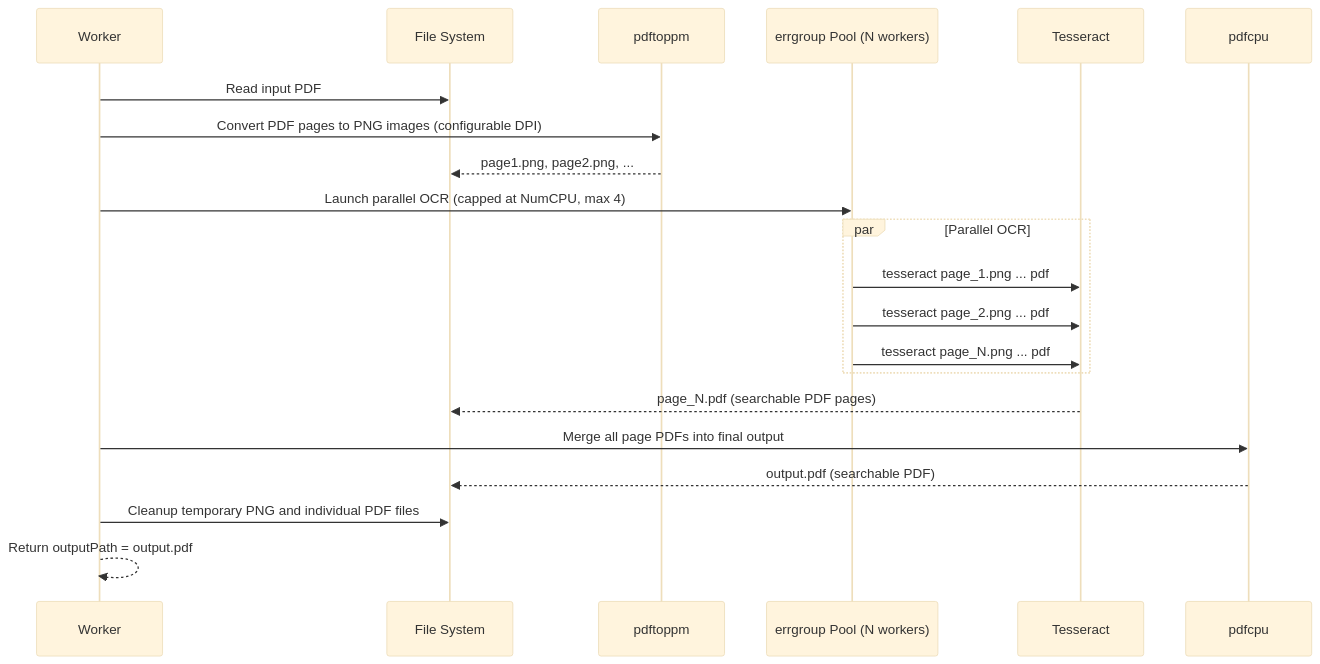
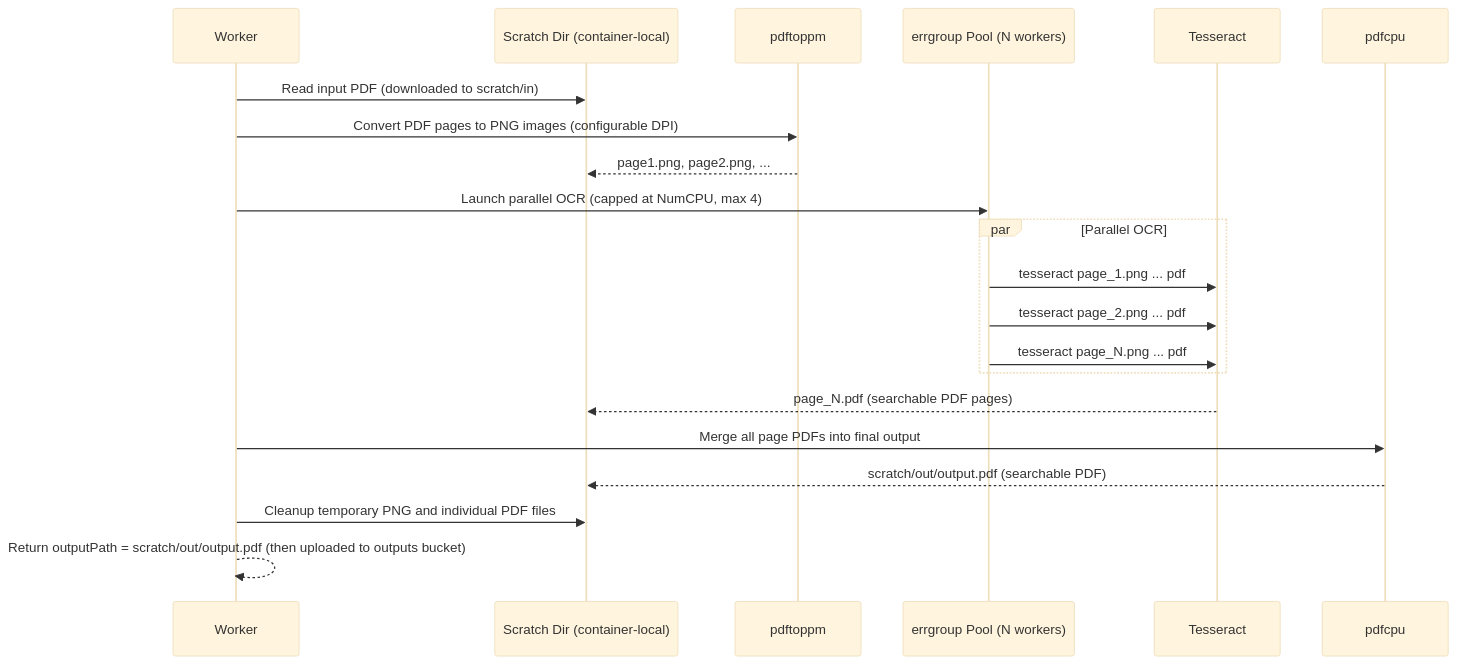
One commit to Prachidubey2003/fyredocs_backend changed the second of 4 diagrams in docs/developer/services/OPTIMIZE_PDF.md. Above: the diagram before and after it, drawn with Mermaid (base theme). The commit also changed other lines of this file and 84 other files, not shown here.

````diff
--- a/docs/developer/services/OPTIMIZE_PDF.md
+++ b/docs/developer/services/OPTIMIZE_PDF.md
@@ -236,26 +263,26 @@
 ```mermaid
 sequenceDiagram
     participant W as Worker
-    participant FS as File System
+    participant FS as Scratch Dir (container-local)
     participant PP as pdftoppm
     participant Pool as errgroup Pool (N workers)
     participant TS as Tesseract
     participant PC as pdfcpu
 
-    W->>FS: Read input PDF
+    W->>FS: Read input PDF (downloaded to scratch/in)
     W->>PP: Convert PDF pages to PNG images (configurable DPI)
     PP-->>FS: page1.png, page2.png, ...
 
     W->>Pool: Launch parallel OCR (capped at NumCPU, max 4)
     par Parallel OCR
         Pool->>TS: tesseract page_1.png ... pdf
         Pool->>TS: tesseract page_2.png ... pdf
         Pool->>TS: tesseract page_N.png ... pdf
     end
     TS-->>FS: page_N.pdf (searchable PDF pages)
 
     W->>PC: Merge all page PDFs into final output
-    PC-->>FS: output.pdf (searchable PDF)
+    PC-->>FS: scratch/out/output.pdf (searchable PDF)
     W->>FS: Cleanup temporary PNG and individual PDF files
-    W-->>W: Return outputPath = output.pdf
+    W-->>W: Return outputPath = scratch/out/output.pdf (then uploaded to outputs bucket)
 ```
````
